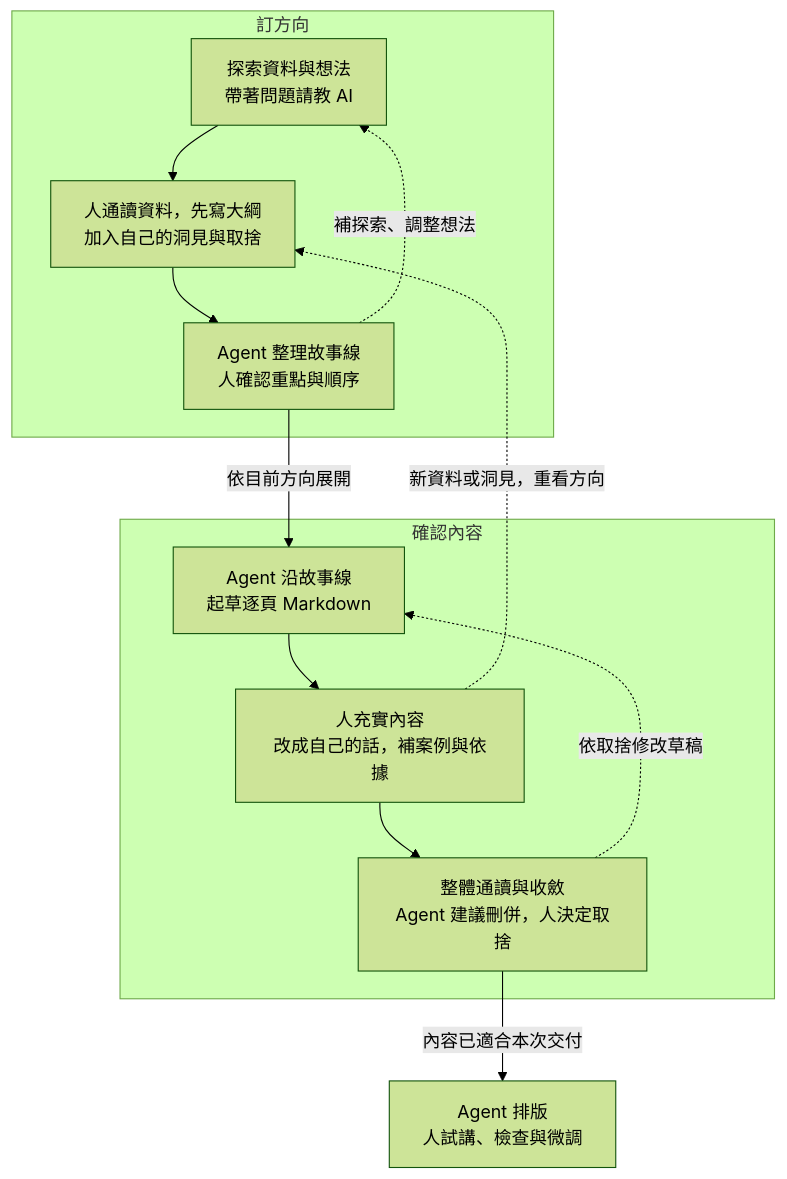
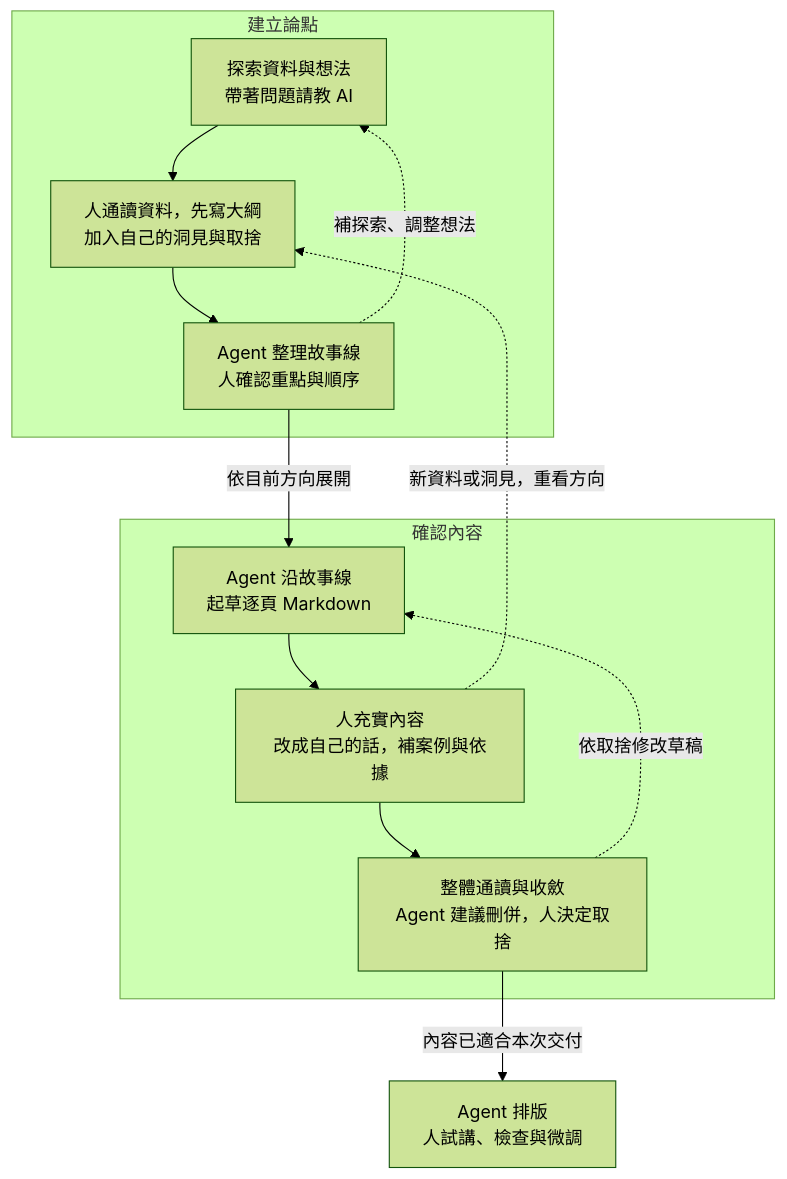
The diagram in drafts/02-week2-presentation-lesson-plan.md (jimmy60504/agentic-knowledge-work), drawn with Mermaid (forest theme) before and after one commit. The commit also changed other lines of this file and 2 other files, not shown here.

````diff
--- a/drafts/02-week2-presentation-lesson-plan.md
+++ b/drafts/02-week2-presentation-lesson-plan.md
@@ -59,20 +59,20 @@
 ```mermaid
 flowchart TD
-    subgraph direction_loop["訂方向"]
+    subgraph direction_loop["建立論點"]
         A["探索資料與想法<br/>帶著問題請教 AI"] --> B["人通讀資料，先寫大綱<br/>加入自己的洞見與取捨"]
         B --> C["Agent 整理故事線<br/>人確認重點與順序"]
         C -. 補探索、調整想法 .-> A
     end
 
     C -->|依目前方向展開| D
 
     subgraph content_loop["確認內容"]
         D["Agent 沿故事線<br/>起草逐頁 Markdown"] --> E["人充實內容<br/>改成自己的話，補案例與依據"]
         E --> F["整體通讀與收斂<br/>Agent 建議刪併，人決定取捨"]
         F -. 依取捨修改草稿 .-> D
     end
 
     E -. 新資料或洞見，重看方向 .-> B
 
     F -->|內容已適合本次交付| G["Agent 排版<br/>人試講、檢查與微調"]
 ```
````
